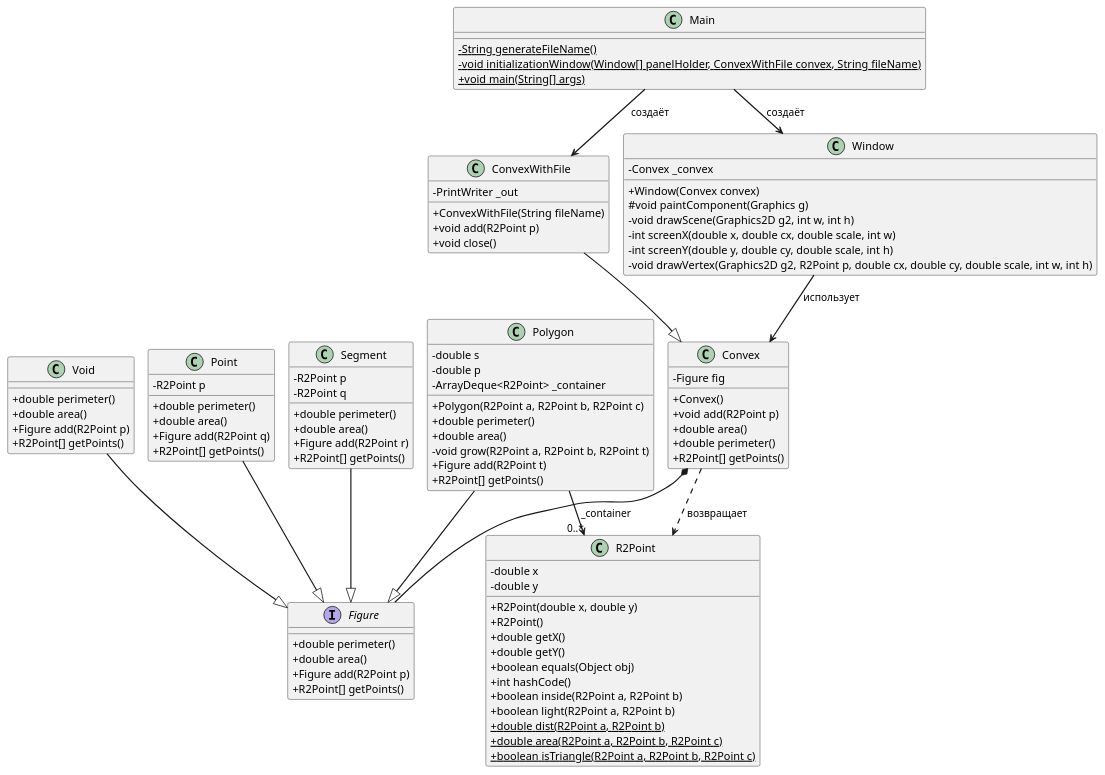
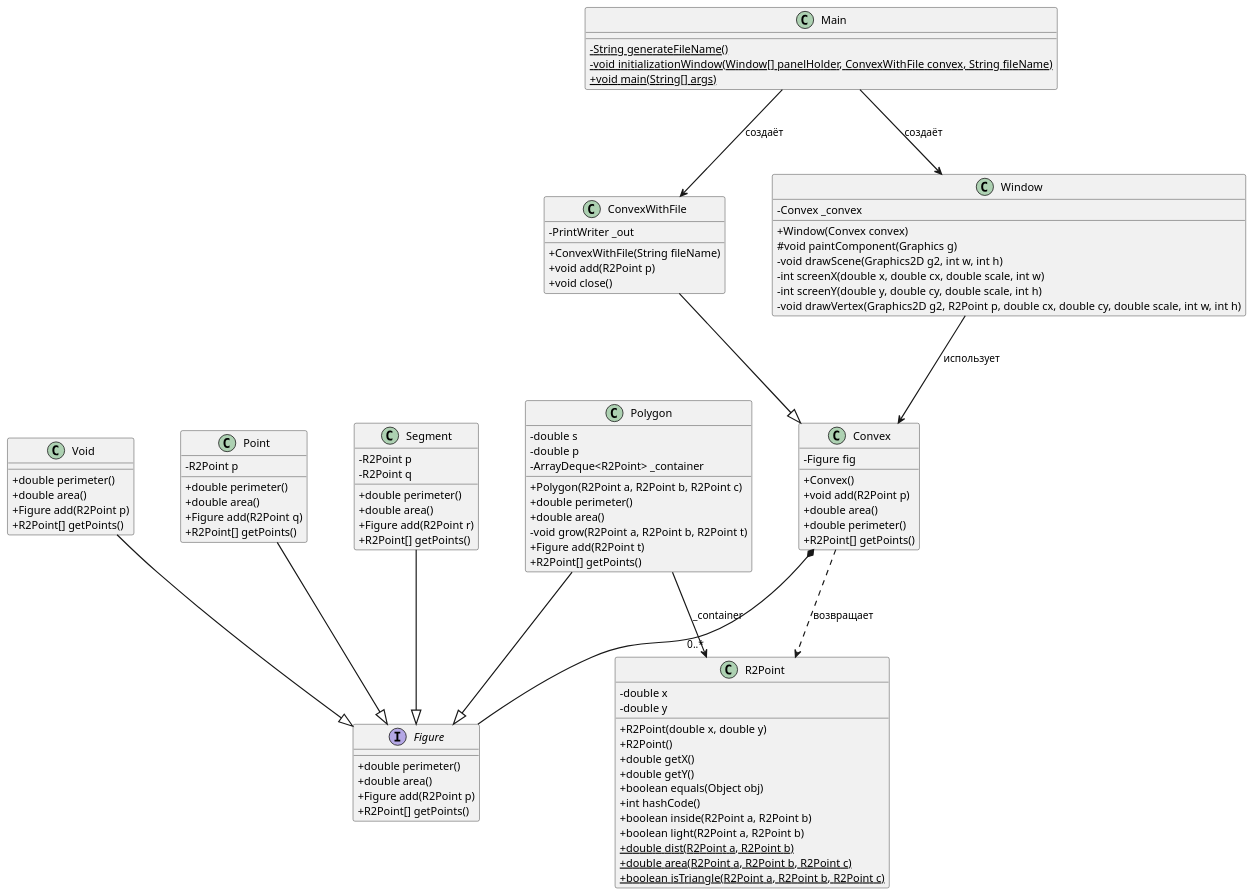
Before and after one commit to she1kopr9d/mpu_pp_2sem: the diagram in cell/ex_20/schemas.puml, drawn with PlantUML. The commit also changed 19 other files, not shown here.

```diff
--- a/cell/ex_20/schemas.puml
+++ b/cell/ex_20/schemas.puml
@@ -1,148 +1,119 @@
 @startuml
-!pragma layout smetana
 skinparam classAttributeIconSize 0
 skinparam nodesep 60
 skinparam ranksep 90
 skinparam ArrowThickness 1.5
 skinparam shadowing false
 
-' ============================================================
-' Внешние классы
-' ============================================================
 
-' ============================================================
-' Основной поток приложения
-' ============================================================
 class Main {
     - {static} String generateFileName()
     - {static} void initializationWindow(Window[] panelHolder, ConvexWithFile convex, String fileName)
     + {static} void main(String[] args)
 }
 
 class ConvexWithFile {
     - PrintWriter _out
     + ConvexWithFile(String fileName)
     + void add(R2Point p)
     + void close()
 }
 
 class Window {
     - Convex _convex
     + Window(Convex convex)
     # void paintComponent(Graphics g)
     - void drawScene(Graphics2D g2, int w, int h)
     - int screenX(double x, double cx, double scale, int w)
     - int screenY(double y, double cy, double scale, int h)
     - void drawVertex(Graphics2D g2, R2Point p, double cx, double cy, double scale, int w, int h)
 }
 
-' ============================================================
-' Геометрия
-' ============================================================
 class Convex {
     - Figure fig
     + Convex()
     + void add(R2Point p)
     + double area()
     + double perimeter()
     + R2Point[] getPoints()
 }
 
 interface Figure {
     + double perimeter()
     + double area()
     + Figure add(R2Point p)
     + R2Point[] getPoints()
 }
 
 class Void {
     + double perimeter()
     + double area()
     + Figure add(R2Point p)
     + R2Point[] getPoints()
 }
 
 class Point {
     - R2Point p
     + double perimeter()
     + double area()
     + Figure add(R2Point q)
     + R2Point[] getPoints()
 }
 
 class Segment {
     - R2Point p
     - R2Point q
     + double perimeter()
     + double area()
     + Figure add(R2Point r)
     + R2Point[] getPoints()
 }
 
 class Polygon {
     - double s
     - double p
     - ArrayDeque<R2Point> _container
     + Polygon(R2Point a, R2Point b, R2Point c)
     + double perimeter()
     + double area()
     - void grow(R2Point a, R2Point b, R2Point t)
     + Figure add(R2Point t)
     + R2Point[] getPoints()
 }
 
 class R2Point {
     - double x
     - double y
     + R2Point(double x, double y)
     + R2Point()
     + double getX()
     + double getY()
     + boolean equals(Object obj)
     + int hashCode()
     + boolean inside(R2Point a, R2Point b)
     + boolean light(R2Point a, R2Point b)
     + {static} double dist(R2Point a, R2Point b)
     + {static} double area(R2Point a, R2Point b, R2Point c)
     + {static} boolean isTriangle(R2Point a, R2Point b, R2Point c)
 }
 
-' ============================================================
-' Наследование
-' ============================================================
 ConvexWithFile --|> Convex
-
-' ============================================================
-' Реализация Figure
-' ============================================================
 Void --|> Figure
 Point --|> Figure
 Segment --|> Figure
 Polygon --|> Figure
 
-' ============================================================
-' Композиция
-' ============================================================
 Convex *-- Figure
 
-' ============================================================
-' Ассоциации основного потока
-' ============================================================
 Main --> ConvexWithFile : создаёт
 Main --> Window : создаёт
 Window --> Convex : использует
 
-' ============================================================
-' Зависимости на R2Point
-' ============================================================
 Polygon --> "0..*" R2Point : _container
 Convex ..> R2Point : возвращает
 
-' ============================================================
-' Ряд реализаций Figure под интерфейсом
-' ============================================================
 Void -[hidden]right-> Point
 Point -[hidden]right-> Segment
 Segment -[hidden]right-> Polygon
 
 @enduml
```
